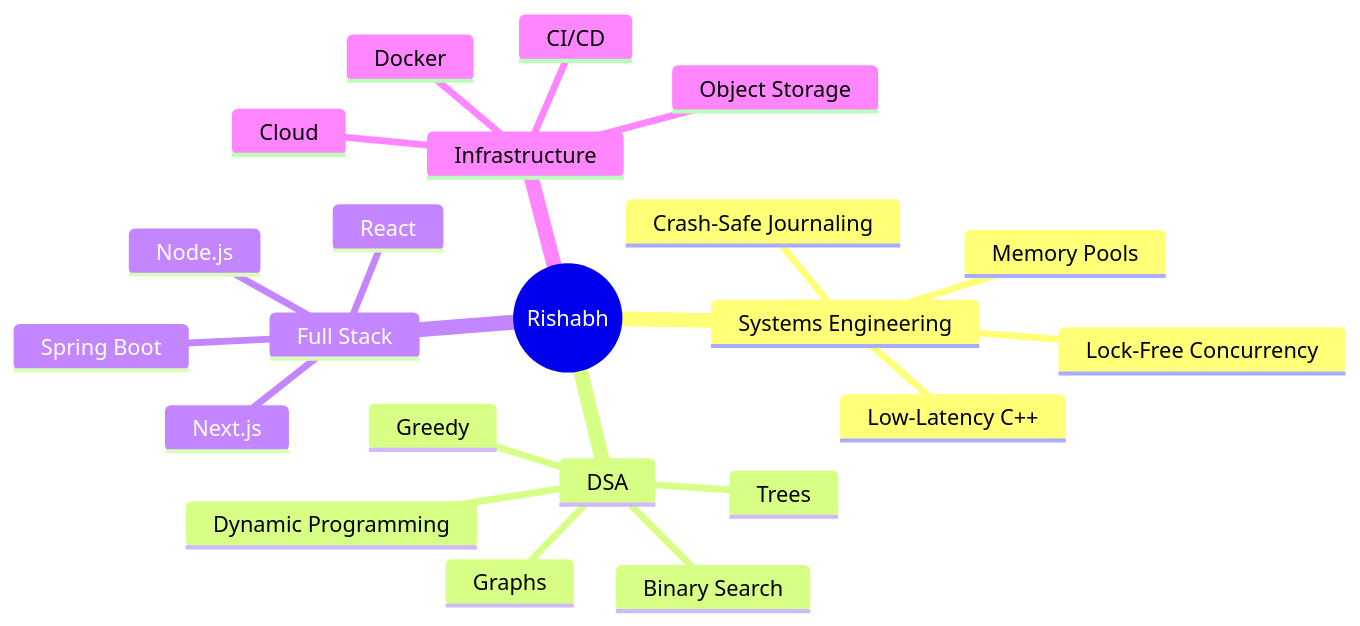
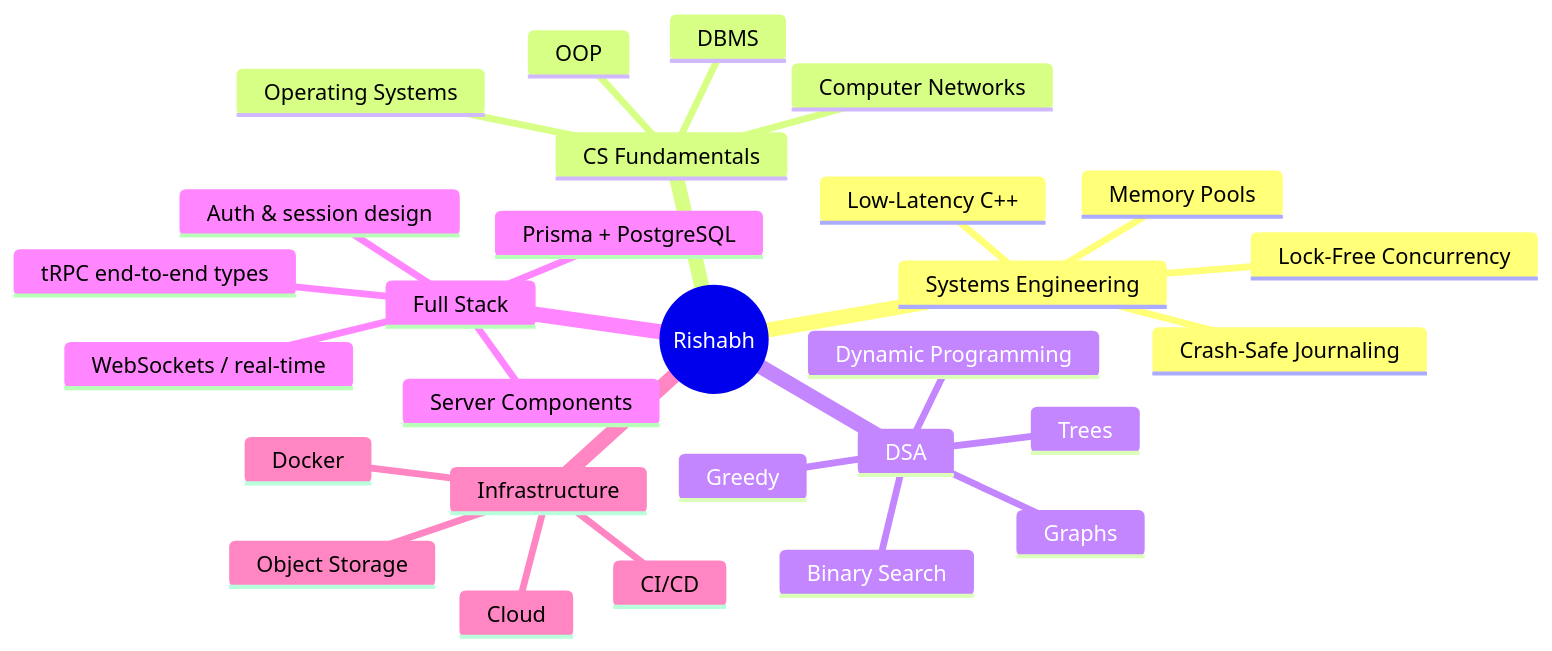
One commit to rishabhdev0/rishabhdev0 changed the third of 3 diagrams in README.md. Above: the diagram before and after it, drawn with Mermaid. The commit also changed other lines of this file, not shown here.

````diff
--- a/README.md
+++ b/README.md
@@ -274,25 +287,31 @@
 ```mermaid
 mindmap
   root((Rishabh))
     Systems Engineering
       Lock-Free Concurrency
       Memory Pools
       Crash-Safe Journaling
       Low-Latency C++
+    CS Fundamentals
+      Operating Systems
+      DBMS
+      Computer Networks
+      OOP
     DSA
       Graphs
       Dynamic Programming
       Trees
       Greedy
       Binary Search
     Full Stack
-      React
-      Next.js
-      Node.js
-      Spring Boot
+      tRPC end-to-end types
+      Prisma + PostgreSQL
+      Server Components
+      WebSockets / real-time
+      Auth & session design
     Infrastructure
       Docker
       Cloud
       CI/CD
       Object Storage
 ```
````
